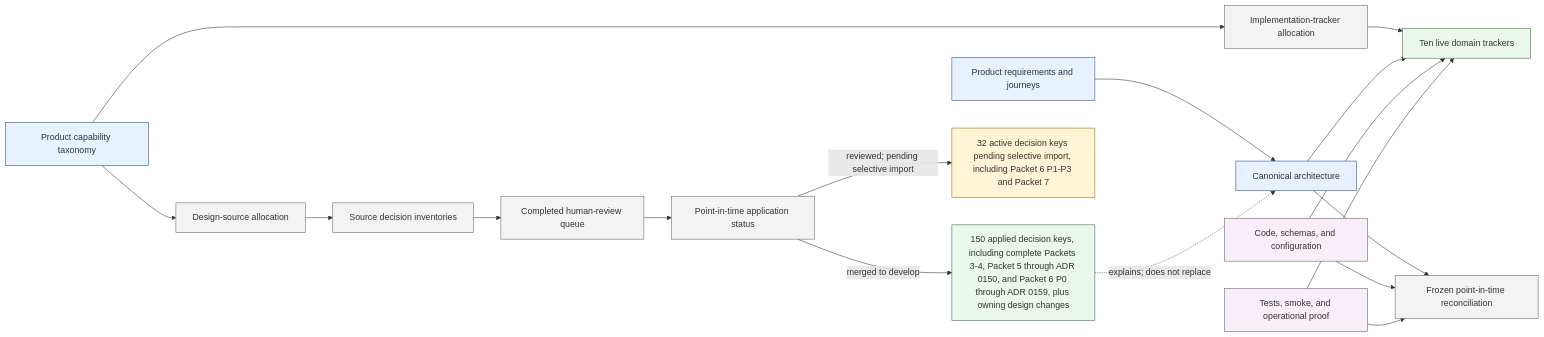
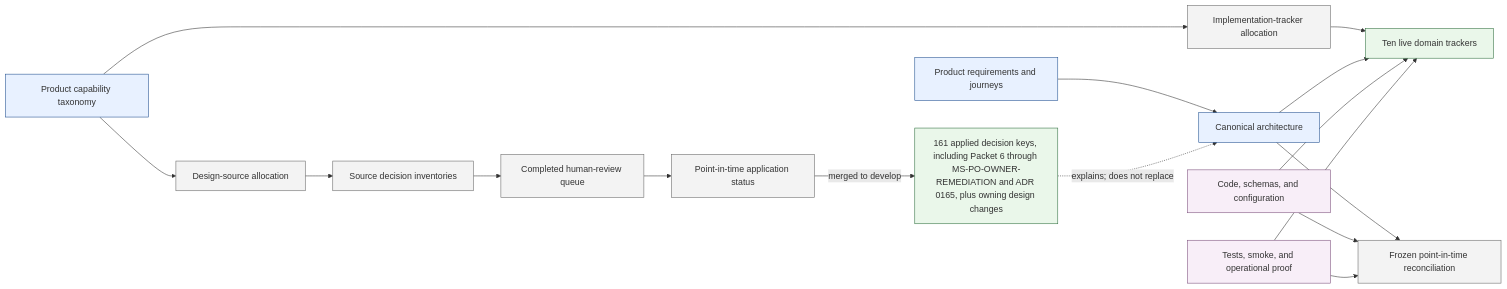
Before and after one commit to benhook1013/FireMUD: the diagram in design/project-management/design-alignment/README.md, drawn with Mermaid. The commit also changed other lines of this file and 74 other files, not shown here.

Commit message:
docs: import Packet 6 assurance foundation

````diff
--- a/design/project-management/design-alignment/README.md
+++ b/design/project-management/design-alignment/README.md
@@ -27,27 +27,26 @@
 ```mermaid
 flowchart LR
     PRODUCT[Product requirements and journeys]:::canonical --> ARCH[Canonical architecture]:::canonical
     TAXONOMY[Product capability taxonomy]:::canonical --> DESIGN_ALLOC[Design-source allocation]:::alignment
     DESIGN_ALLOC --> SOURCE_INV[Source decision inventories]:::alignment
     SOURCE_INV --> HUMAN_QUEUE[Completed human-review queue]:::alignment
     HUMAN_QUEUE --> APPLY[Point-in-time application status]:::alignment
-    APPLY -->|merged to develop| APPLIED_DECISIONS[150 applied decision keys, including complete Packets 3-4, Packet 5 through ADR 0150, and Packet 6 P0 through ADR 0159, plus owning design changes]:::status
+    APPLY -->|merged to develop| APPLIED_DECISIONS[161 applied decision keys, including Packet 6 through MS-PO-OWNER-REMEDIATION and ADR 0165, plus owning design changes]:::status
     APPLIED_DECISIONS -. explains; does not replace .-> ARCH
-    APPLY -->|reviewed; pending selective import| PENDING[32 active decision keys pending selective import, including Packet 6 P1-P3 and Packet 7]:::pending
 
     TAXONOMY --> TRACKER_ALLOC[Implementation-tracker allocation]:::alignment
     TRACKER_ALLOC --> TRACKERS[Ten live domain trackers]:::status
     ARCH --> TRACKERS
     CODE[Code, schemas, and configuration]:::evidence --> TRACKERS
     PROOF[Tests, smoke, and operational proof]:::evidence --> TRACKERS
 
     ARCH --> RECON[Frozen point-in-time reconciliation]:::alignment
     CODE --> RECON
     PROOF --> RECON
 
     classDef canonical fill:#e8f1ff,stroke:#1f4f8f
     classDef alignment fill:#f3f3f3,stroke:#666
     classDef pending fill:#fff4d6,stroke:#9a6700
     classDef status fill:#eaf7ea,stroke:#2f6f3e
     classDef evidence fill:#f8eef8,stroke:#7a4e7a
 ```
````
